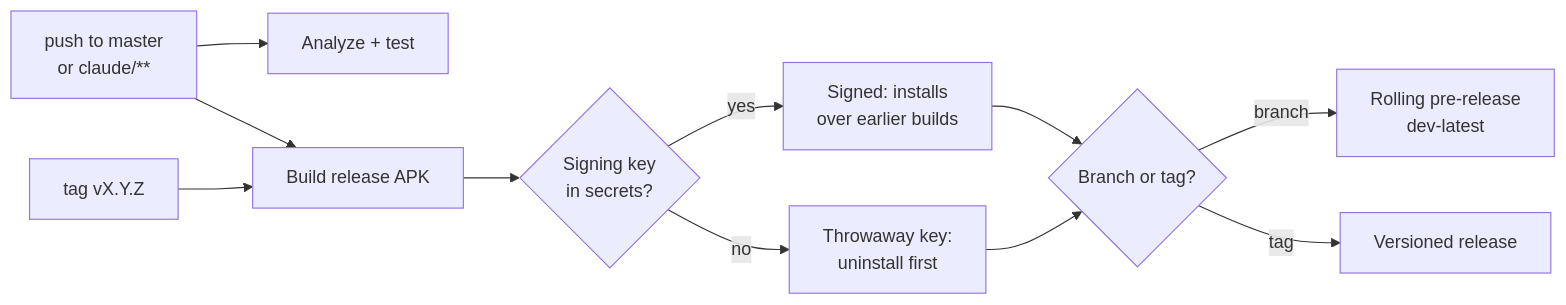
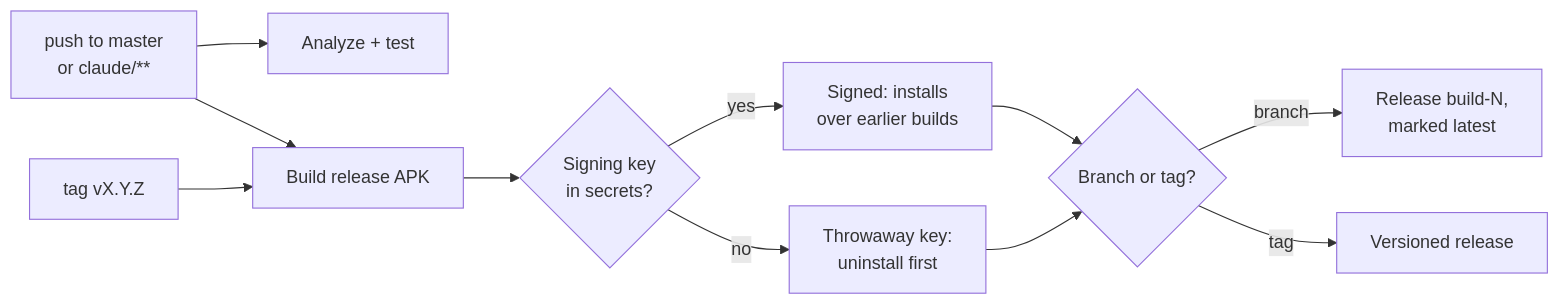
The third of 3 diagrams in README.md (krishanmurariji/Nebula), drawn with Mermaid before and after one commit. The commit also changed other lines of this file and 2 other files, not shown here.

First line of the commit message:
Releases: each build is release build-<n> marked latest; fixed link releases/latest/download/nebula.apk

````diff
--- a/README.md
+++ b/README.md
@@ -257,12 +257,12 @@
 ```mermaid
 flowchart LR
   PUSH["push to master<br/>or claude/**"] --> CI["Analyze + test"]
   PUSH --> APK["Build release APK"]
   TAG["tag vX.Y.Z"] --> APK
   APK --> SIGN{"Signing key<br/>in secrets?"}
   SIGN -- yes --> S1["Signed: installs<br/>over earlier builds"]
   SIGN -- no --> S2["Throwaway key:<br/>uninstall first"]
   S1 & S2 --> PUB{"Branch or tag?"}
-  PUB -- branch --> DEV["Rolling pre-release<br/>dev-latest"]
+  PUB -- branch --> DEV["Release build-N,<br/>marked latest"]
   PUB -- tag --> REL["Versioned release"]
 ```
````
